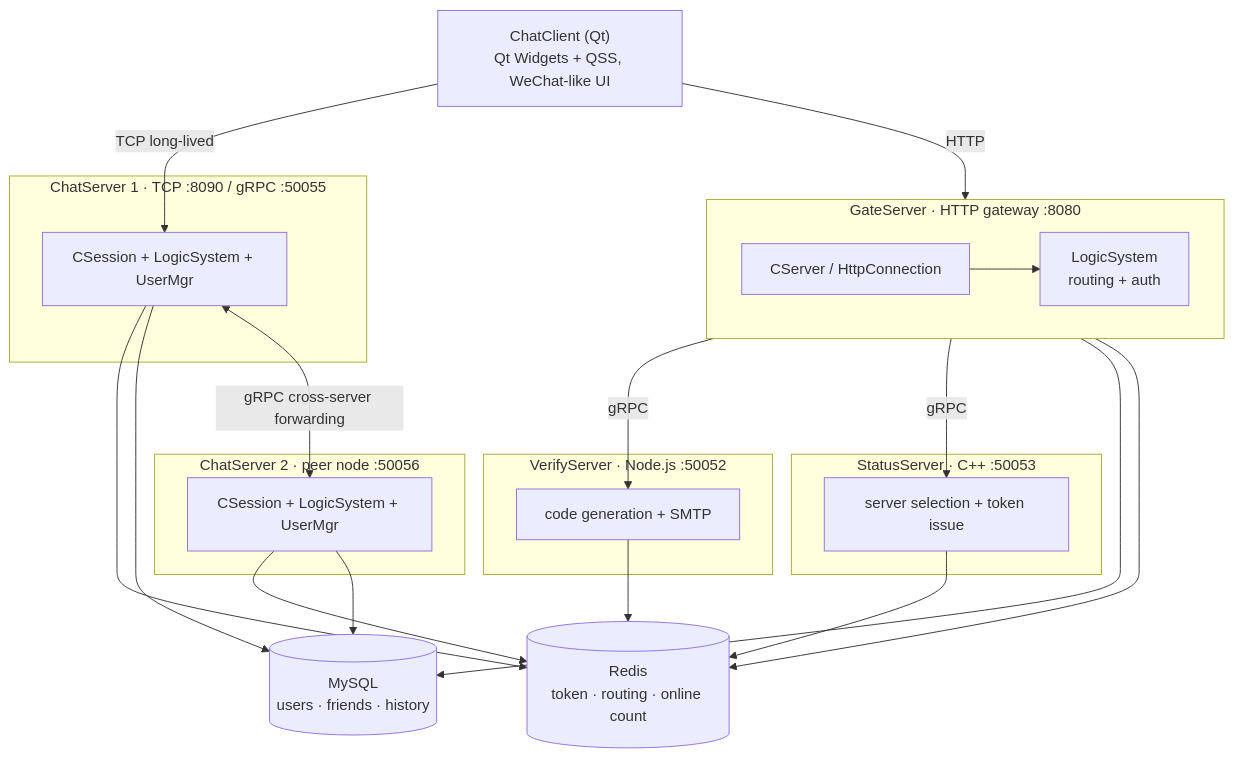
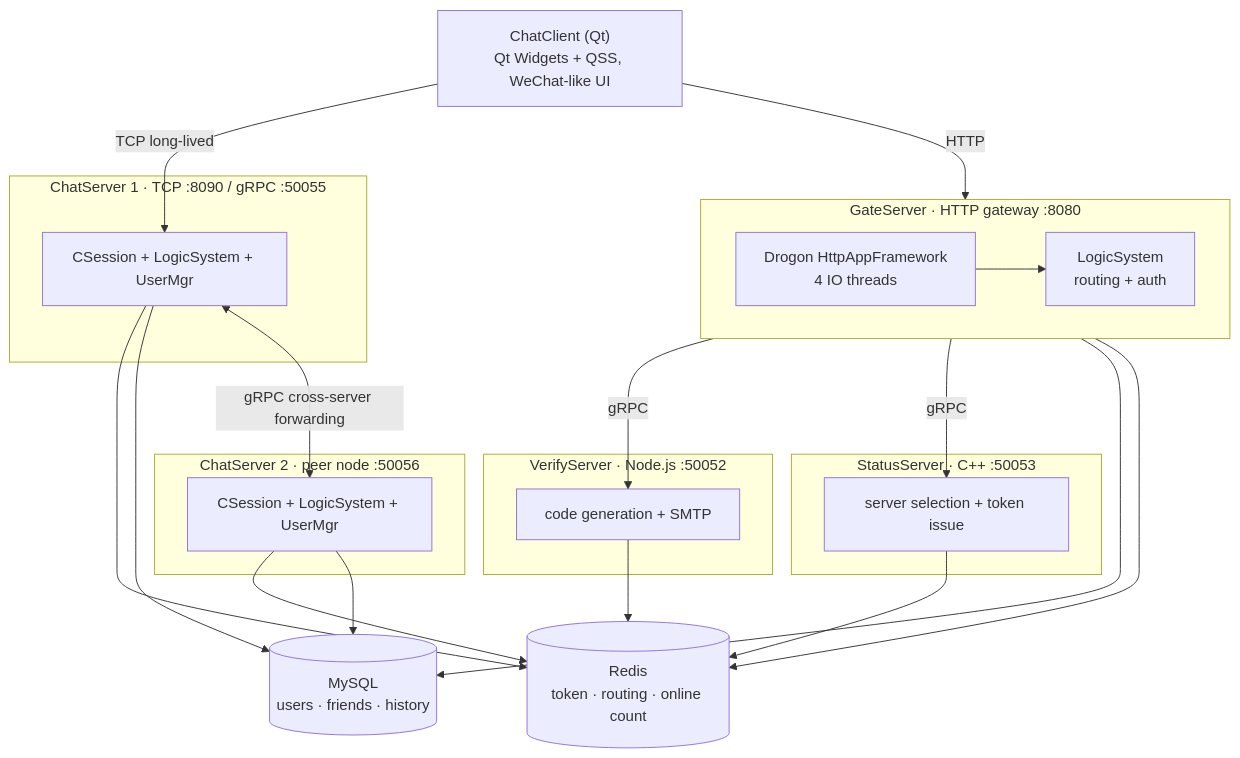
Before and after one commit to zyuhao7/WeChat: the first of 11 diagrams in WeChat_Project_Architecture.md, drawn with Mermaid. The commit also changed other lines of this file and 14 other files, not shown here.

First line of the commit message:
refactor(gate): replace Asio HTTP stack with Drogon

````diff
--- a/WeChat_Project_Architecture.md
+++ b/WeChat_Project_Architecture.md
@@ -16,36 +16,36 @@
 ```mermaid
 flowchart TB
     Client["ChatClient (Qt)<br/>Qt Widgets + QSS, WeChat-like UI"]
     subgraph Gate["GateServer · HTTP gateway :8080"]
         direction LR
-        CServer["CServer / HttpConnection"] --> Logic["LogicSystem<br/>routing + auth"]
+        Drogon["Drogon HttpAppFramework<br/>4 IO threads"] --> Logic["LogicSystem<br/>routing + auth"]
     end
     subgraph Verify["VerifyServer · Node.js :50052"]
         V["code generation + SMTP"]
     end
     subgraph Status["StatusServer · C++ :50053"]
         S["server selection + token issue"]
     end
     subgraph Chat1["ChatServer 1 · TCP :8090 / gRPC :50055"]
         CS1["CSession + LogicSystem + UserMgr"]
     end
     subgraph Chat2["ChatServer 2 · peer node :50056"]
         CS2["CSession + LogicSystem + UserMgr"]
     end
     Redis[("Redis<br/>token · routing · online count")]
     MySQL[("MySQL<br/>users · friends · history")]
 
-    Client -->|HTTP| CServer
+    Client -->|HTTP| Drogon
     Client -->|TCP long-lived| CS1
     Logic -->|gRPC| V
     Logic -->|gRPC| S
     Logic --> MySQL
     Logic --> Redis
     V --> Redis
     S --> Redis
     CS1 --> Redis
     CS1 --> MySQL
     CS1 <-->|gRPC cross-server forwarding| CS2
     CS2 --> Redis
     CS2 --> MySQL
 ```
````
